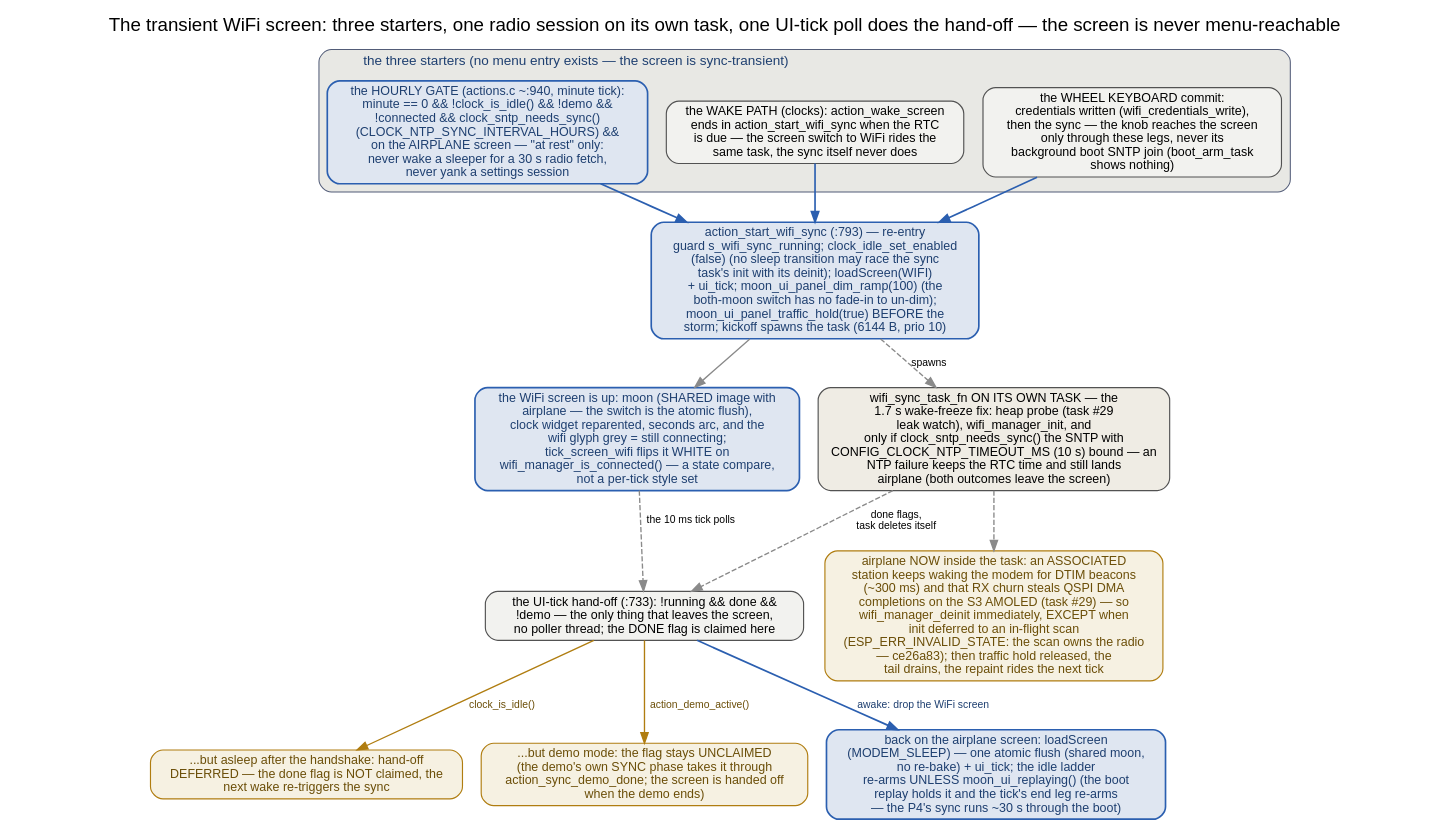
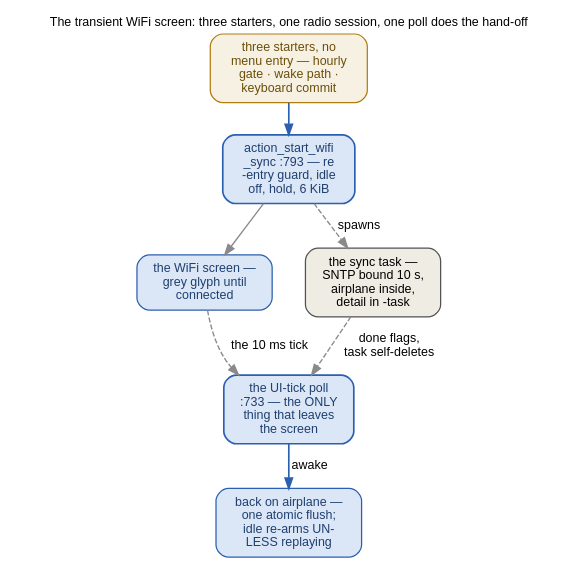
One commit to ukos-git/moon-clock-esp changed the diagram in docs/_graphs/wifi-sync.dot. Above: the diagram before and after it, drawn with Graphviz. The commit also changed 36 other files, not shown here.

First line of the commit message:
docs: sibling B13 completion snapshot — the packed small set rebuilt, closing the graph atlas

```diff
--- a/docs/_graphs/wifi-sync.dot
+++ b/docs/_graphs/wifi-sync.dot
@@ -1,64 +1,54 @@
-// The transient WiFi screen's lifecycle: who shows it, what the
-// background task does off the UI task, and the one poll that drops
-// it back to airplane. Every edge verified in components/ui/actions.c
-// (action_start_wifi_sync :793, wifi_sync_task_fn :71, the ui-tick
-// hand-off :733, the hourly gate :940, the wake tail) and
-// components/ui/screens.c (tick_screen_wifi).
+// The transient WiFi screen's lifecycle — black-box view: three
+// starters, one radio session on its own task, one UI-tick poll does
+// the hand-off; the screen is never menu-reachable. Every edge verified
+// in components/ui/actions.c (action_start_wifi_sync :793,
+// wifi_sync_task_fn :71, the ui-tick hand-off :733, the hourly gate
+// :940, the wake tail) and components/ui/screens.c (tick_screen_wifi).
+// The three starters: the HOURLY GATE (actions.c ~:940, minute tick —
+// minute == 0 && !clock_is_idle() && !demo && !connected &&
+// clock_sntp_needs_sync() (CLOCK_NTP_SYNC_INTERVAL_HOURS) && on the
+// AIRPLANE screen — "at rest" only: never wake a sleeper for a 30 s
+// radio fetch, never yank a settings session); the WAKE PATH (clocks —
+// action_wake_screen ends in action_start_wifi_sync when the RTC is
+// due; the screen switch to WiFi rides the same task, the sync itself
+// never does); and the WHEEL KEYBOARD commit (credentials written,
+// then the sync — the knob reaches the screen only through these legs,
+// never its background boot SNTP join, boot_arm_task shows nothing).
+// Start: :793 — re-entry guard s_wifi_sync_running, idle disabled,
+// loadScreen(WIFI), panel dim 100, traffic hold BEFORE the storm, task
+// 6144 B prio 10. Details: wifi-sync-start.dot (the starters + guards)
+// and wifi-sync-task.dot (the task, airplane-first teardown, hand-off).
+// FONTS: 12 pt = the page's 16 px body text at 1:1 — kept inside the
+// content column.
 // Rendered inline as SVG by sphinx.ext.graphviz (dot on PATH).
 digraph wifi_sync {
-    label="The transient WiFi screen: three starters, one radio session on its own task, one UI-tick poll does the hand-off — the screen is never menu-reachable";
-    labelloc="t";
-    fontname="Helvetica"; fontsize=18;
-    node [fontname="Helvetica", fontsize=12, style="rounded,filled",
-          shape=box, width=1.8, height=0.5,
-          fillcolor="#f2f2ef", color="#525252", penwidth=1.1];
-    edge [fontname="Helvetica", fontsize=10, color="#8a8a8a", penwidth=1.3];
+    rankdir=TB;
+    label="The transient WiFi screen: three starters, one radio session, one poll does the hand-off";
+    labelloc="t"; labeljust="c";
+    fontname="Helvetica"; fontsize=12;
+    graph [nodesep=0.45, ranksep=0.42];
+    node [fontname="Helvetica", fontsize=12, shape=box, style="rounded,filled",
+          width=0, height=0, margin="0.16,0.10", fillcolor="#f2f2ef",
+          color="#525252", penwidth=1.2];
+    edge [fontname="Helvetica", fontsize=12, color="#8a8a8a", penwidth=1.3];
 
-    subgraph cluster_starters {
-        label="the three starters (no menu entry exists — the screen is sync-transient)";
-        labeljust="l";
-        style="rounded,filled";
-        fillcolor="#e8e8e4";
-        color="#525c78";
-        fontsize=13; fontcolor="#1e3f70";
+    starters [label="three starters, no\nmenu entry — hourly\ngate · wake path ·\nkeyboard commit",
+              fillcolor="#f6f1e2", color="#b07d10", fontcolor="#6b4e08"];
+    start [label="action_start_wifi\n_sync :793 — re\n-entry guard, idle\noff, hold, 6 KiB",
+           fillcolor="#dbe7f6", color="#2b5fb0", fontcolor="#1e3f70", penwidth=1.6];
+    shown [label="the WiFi screen —\ngrey glyph until\nconnected",
+           fillcolor="#dbe7f6", color="#2b5fb0", fontcolor="#1e3f70"];
+    task [label="the sync task —\nSNTP bound 10 s,\nairplane inside,\ndetail in -task",
+          fillcolor="#efece4"];
+    poll [label="the UI-tick poll\n:733 — the ONLY\nthing that leaves\nthe screen",
+          fillcolor="#dbe7f6", color="#2b5fb0", fontcolor="#1e3f70", penwidth=1.6];
+    home [label="back on airplane —\none atomic flush;\nidle re-arms UN-\nLESS replaying",
+          fillcolor="#dbe7f6", color="#2b5fb0", fontcolor="#1e3f70"];
 
-        hourly [label="the HOURLY GATE (actions.c ~:940, minute tick):\nminute == 0 && !clock_is_idle() && !demo &&\n!connected && clock_sntp_needs_sync()\n(CLOCK_NTP_SYNC_INTERVAL_HOURS) &&\non the AIRPLANE screen — \"at rest\" only:\nnever wake a sleeper for a 30 s radio fetch,\nnever yank a settings session",
-                fillcolor="#dfe6f1", color="#2b5fb0", fontcolor="#1e3f70", penwidth=1.6];
-        wakep [label="the WAKE PATH (clocks): action_wake_screen\nends in action_start_wifi_sync when the RTC\nis due — the screen switch to WiFi rides the\nsame task, the sync itself never does"];
-        kb [label="the WHEEL KEYBOARD commit:\ncredentials written (wifi_credentials_write),\nthen the sync — the knob reaches the screen\nonly through these legs, never its\nbackground boot SNTP join (boot_arm_task\nshows nothing)"];
-    }
-
-    start [label="action_start_wifi_sync (:793) — re-entry\nguard s_wifi_sync_running; clock_idle_set_enabled\n(false) (no sleep transition may race the sync\ntask's init with its deinit); loadScreen(WIFI)\n+ ui_tick; moon_ui_panel_dim_ramp(100) (the\nboth-moon switch has no fade-in to un-dim);\nmoon_ui_panel_traffic_hold(true) BEFORE the\nstorm; kickoff spawns the task (6144 B, prio 10)",
-           fillcolor="#dfe6f1", color="#2b5fb0", fontcolor="#1e3f70", penwidth=1.6];
-
-    shown [label="the WiFi screen is up: moon (SHARED image with\nairplane — the switch is the atomic flush),\nclock widget reparented, seconds arc, and the\nwifi glyph grey = still connecting;\ntick_screen_wifi flips it WHITE on\nwifi_manager_is_connected() — a state compare,\nnot a per-tick style set",
-             fillcolor="#dfe6f1", color="#2b5fb0", fontcolor="#1e3f70", penwidth=1.6];
-
-    task [label="wifi_sync_task_fn ON ITS OWN TASK — the\n1.7 s wake-freeze fix: heap probe (task #29\nleak watch), wifi_manager_init, and\nonly if clock_sntp_needs_sync() the SNTP with\nCONFIG_CLOCK_NTP_TIMEOUT_MS (10 s) bound — an\nNTP failure keeps the RTC time and still lands\nairplane (both outcomes leave the screen)",
-           fillcolor="#efece4"];
-
-    airplane [label="airplane NOW inside the task: an ASSOCIATED\nstation keeps waking the modem for DTIM beacons\n(~300 ms) and that RX churn steals QSPI DMA\ncompletions on the S3 AMOLED (task #29) — so\nwifi_manager_deinit immediately, EXCEPT when\ninit deferred to an in-flight scan\n(ESP_ERR_INVALID_STATE: the scan owns the radio\n— ce26a83); then traffic hold released, the\ntail drains, the repaint rides the next tick",
-              fillcolor="#f6f1e2", color="#b07d10", fontcolor="#6b4e08"];
-
-    poll [label="the UI-tick hand-off (:733): !running && done &&\n!demo — the only thing that leaves the screen,\nno poller thread; the DONE flag is claimed here"];
-
-    idle_defer [label="...but asleep after the handshake: hand-off\nDEFERRED — the done flag is NOT claimed, the\nnext wake re-triggers the sync",
-                fillcolor="#f6f1e2", color="#b07d10", fontcolor="#6b4e08"];
-    demo_defer [label="...but demo mode: the flag stays UNCLAIMED\n(the demo's own SYNC phase takes it through\naction_sync_demo_done; the screen is handed off\nwhen the demo ends)",
-                fillcolor="#f6f1e2", color="#b07d10", fontcolor="#6b4e08"];
-
-    home [label="back on the airplane screen: loadScreen\n(MODEM_SLEEP) — one atomic flush (shared moon,\nno re-bake) + ui_tick; the idle ladder\nre-arms UNLESS moon_ui_replaying() (the boot\nreplay holds it and the tick's end leg re-arms\n— the P4's sync runs ~30 s through the boot)",
-          fillcolor="#dfe6f1", color="#2b5fb0", fontcolor="#1e3f70", penwidth=1.6];
-
-    hourly -> start [color="#2b5fb0", penwidth=1.6, fontcolor="#1e3f70"];
-    wakep -> start [color="#2b5fb0", penwidth=1.6, fontcolor="#1e3f70"];
-    kb -> start [color="#2b5fb0", penwidth=1.6, fontcolor="#1e3f70"];
+    starters -> start [color="#2b5fb0", penwidth=1.6];
     start -> shown;
     start -> task [style=dashed, label="spawns"];
-    task -> airplane [style=dashed];
-    task -> poll [style=dashed, label="done flags,\ntask deletes itself"];
-    shown -> poll [style=dashed, label="the 10 ms tick polls"];
-    poll -> idle_defer [color="#b07d10", fontcolor="#6b4e08", label="clock_is_idle()"];
-    poll -> demo_defer [color="#b07d10", fontcolor="#6b4e08", label="action_demo_active()"];
-    poll -> home [color="#2b5fb0", penwidth=1.6, fontcolor="#1e3f70", label="awake: drop the WiFi screen"];
+    task -> poll [style=dashed, label="done flags,\ntask self-deletes"];
+    shown -> poll [style=dashed, label="the 10 ms tick"];
+    poll -> home [color="#2b5fb0", penwidth=1.6, label="awake"];
 }
```
